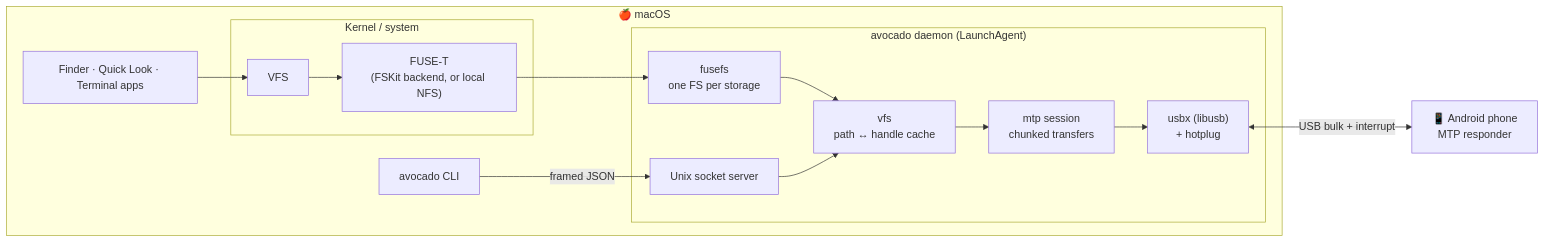
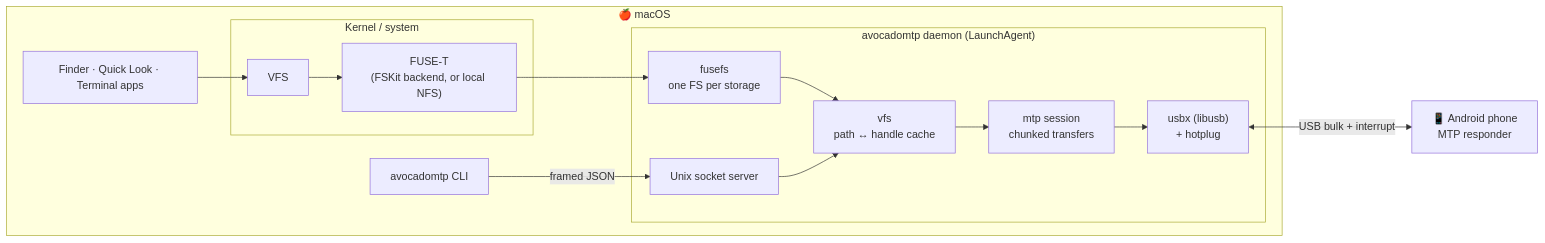
The first of 7 diagrams in README.md (andymartinezot/avocadomtp), drawn with Mermaid before and after one commit. The commit also changed other lines of this file and 25 other files, not shown here.

````diff
--- a/README.md
+++ b/README.md
@@ -56,26 +56,26 @@
 ```mermaid
 flowchart LR
     subgraph Mac["🍎 macOS"]
         Finder["Finder · Quick Look · Terminal apps"]
-        CLI["avocado CLI"]
+        CLI["avocadomtp CLI"]
         subgraph Kernel["Kernel / system"]
             VFS["VFS"]
             FSKit["FUSE-T<br/>(FSKit backend, or local NFS)"]
         end
-        subgraph Daemon["avocado daemon (LaunchAgent)"]
+        subgraph Daemon["avocadomtp daemon (LaunchAgent)"]
             FUSEFS["fusefs<br/>one FS per storage"]
             Sock["Unix socket server"]
             VFSC["vfs<br/>path ↔ handle cache"]
             MTP["mtp session<br/>chunked transfers"]
             USBX["usbx (libusb)<br/>+ hotplug"]
         end
     end
     Phone["📱 Android phone<br/>MTP responder"]
 
     Finder --> VFS --> FSKit --> FUSEFS
     CLI -->|framed JSON| Sock
     FUSEFS --> VFSC
     Sock --> VFSC
     VFSC --> MTP --> USBX
     USBX <-->|USB bulk + interrupt| Phone
 ```
````
